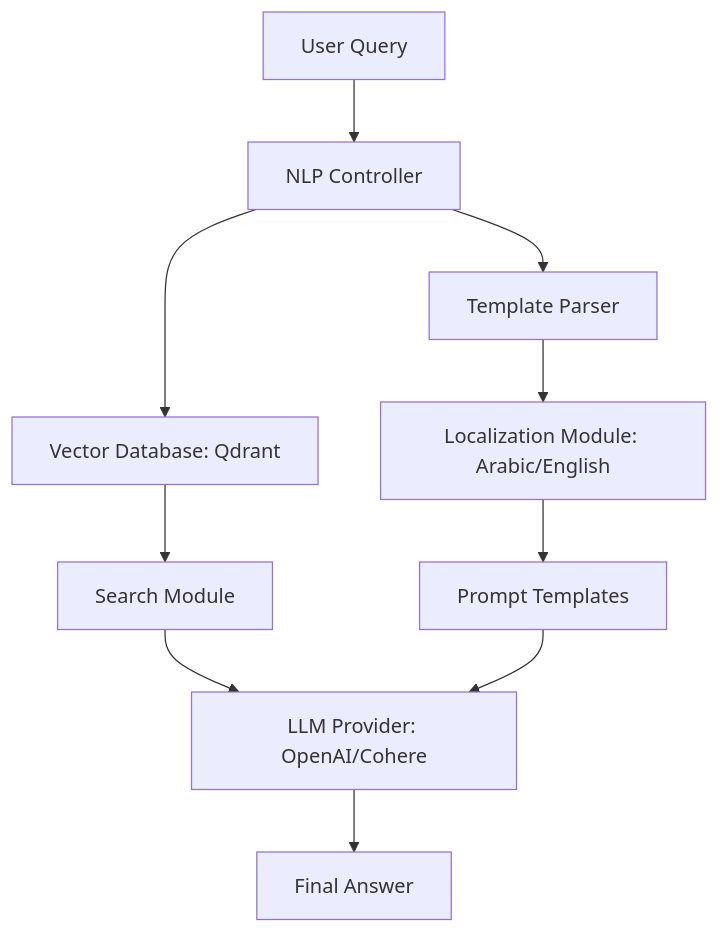
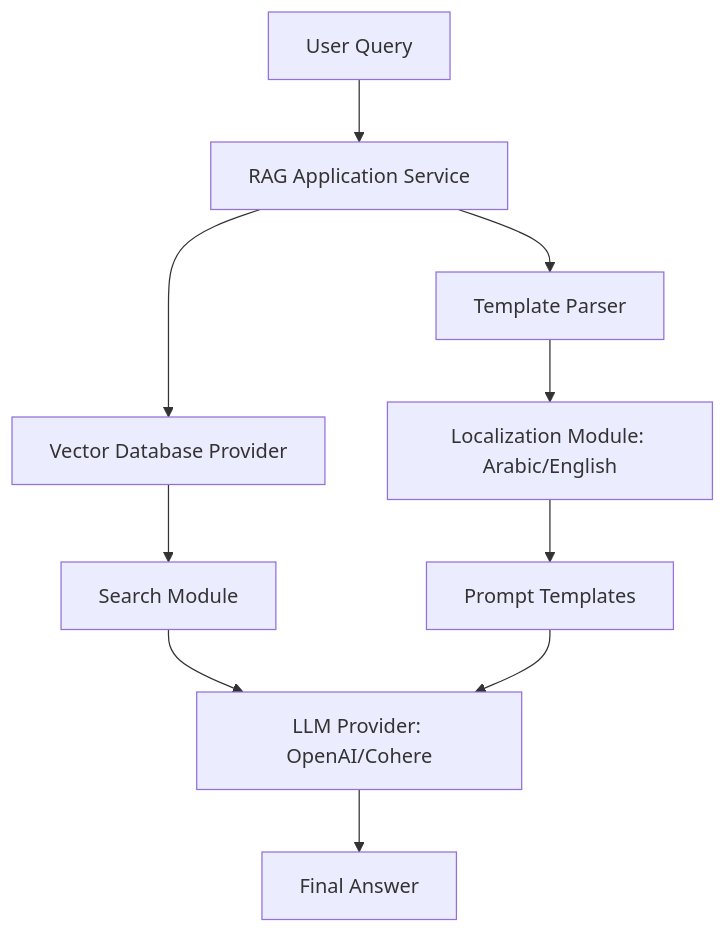
Before and after one commit to KarimElshetihy/simple_rag: the second of 2 diagrams in README.md, drawn with Mermaid. The commit also changed other lines of this file and 35 other files, not shown here.

````diff
--- a/README.md
+++ b/README.md
@@ -198,16 +207,16 @@
 ```mermaid
 graph TD
-User[User Query] --> Controller[NLP Controller]
-Controller --> Template[Template Parser]
+User[User Query] --> Service[RAG Application Service]
+Service --> Template[Template Parser]
 Template --> Localization[Localization Module: Arabic/English]
 Localization --> TemplateFiles[Prompt Templates]
 
 
-Controller --> VectorDB[Vector Database: Qdrant]
+Service --> VectorDB[Vector Database Provider]
 VectorDB --> Search[Search Module]
 
 Search --> LLM[LLM Provider: OpenAI/Cohere]
 TemplateFiles --> LLM
 
 LLM --> Response[Final Answer]
 ```
````
